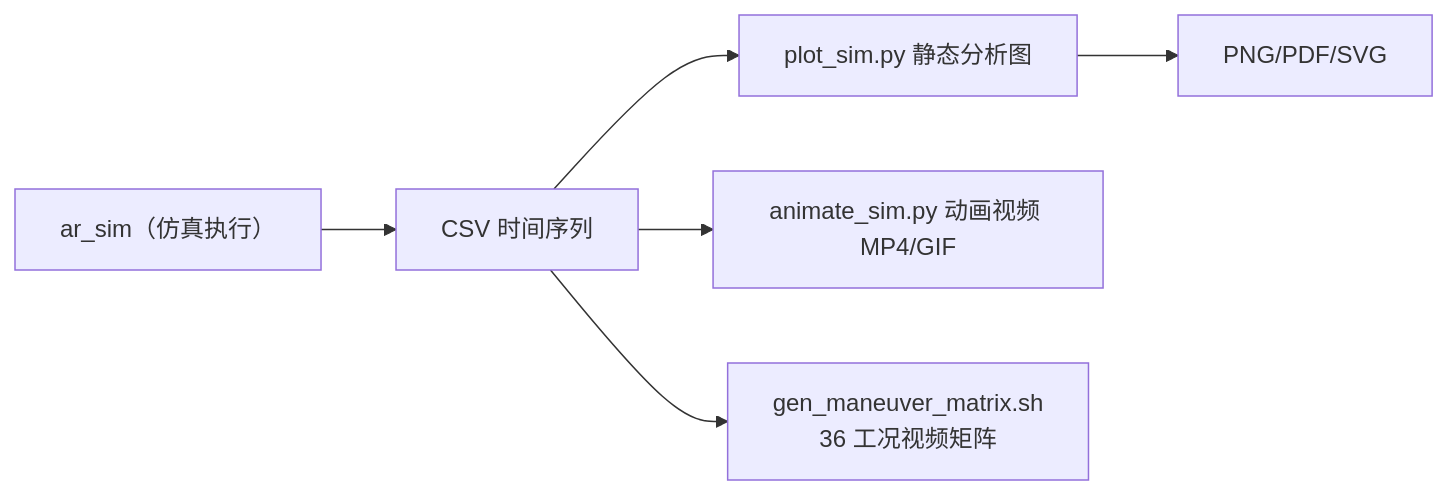
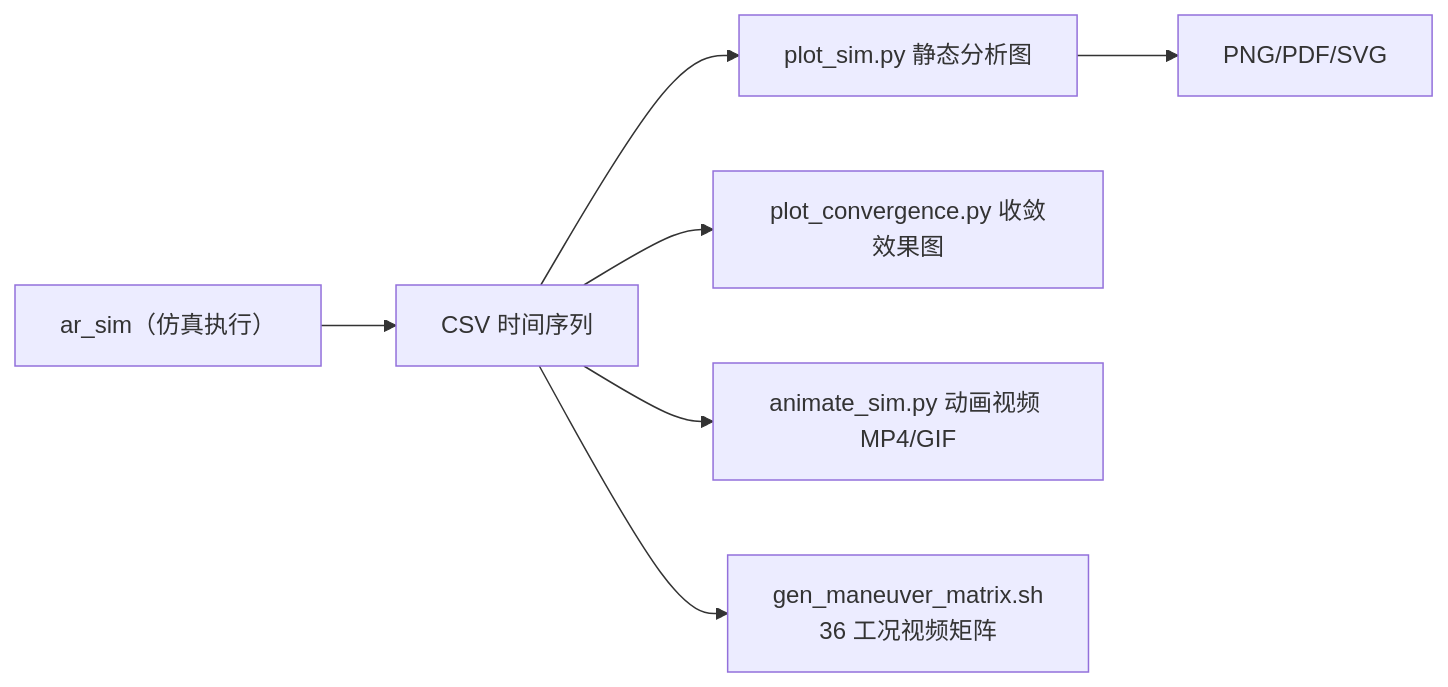
Diagram 17 of 19 in 软件设计与架构文档.md (jimaka/auto_rudder), drawn with Mermaid before and after one commit. The commit also changed other lines of this file and 15 other files, not shown here.

````diff
--- a/软件设计与架构文档.md
+++ b/软件设计与架构文档.md
@@ -693,8 +862,9 @@
 ```mermaid
 graph LR
     A["ar_sim（仿真执行）"] --> B["CSV 时间序列"]
     B --> C["plot_sim.py 静态分析图"]
+    B --> C2["plot_convergence.py 收敛效果图"]
     B --> D["animate_sim.py 动画视频 MP4/GIF"]
     B --> E["gen_maneuver_matrix.sh<br/>36 工况视频矩阵"]
     C --> F["PNG/PDF/SVG"]
 ```
````
